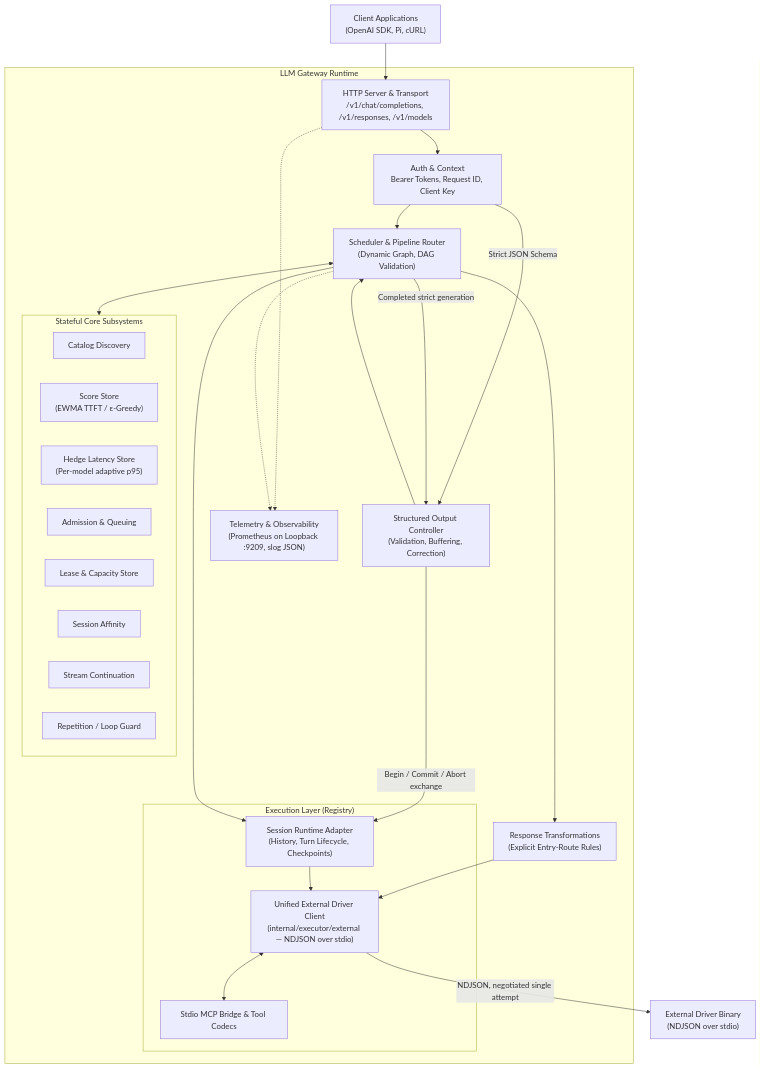
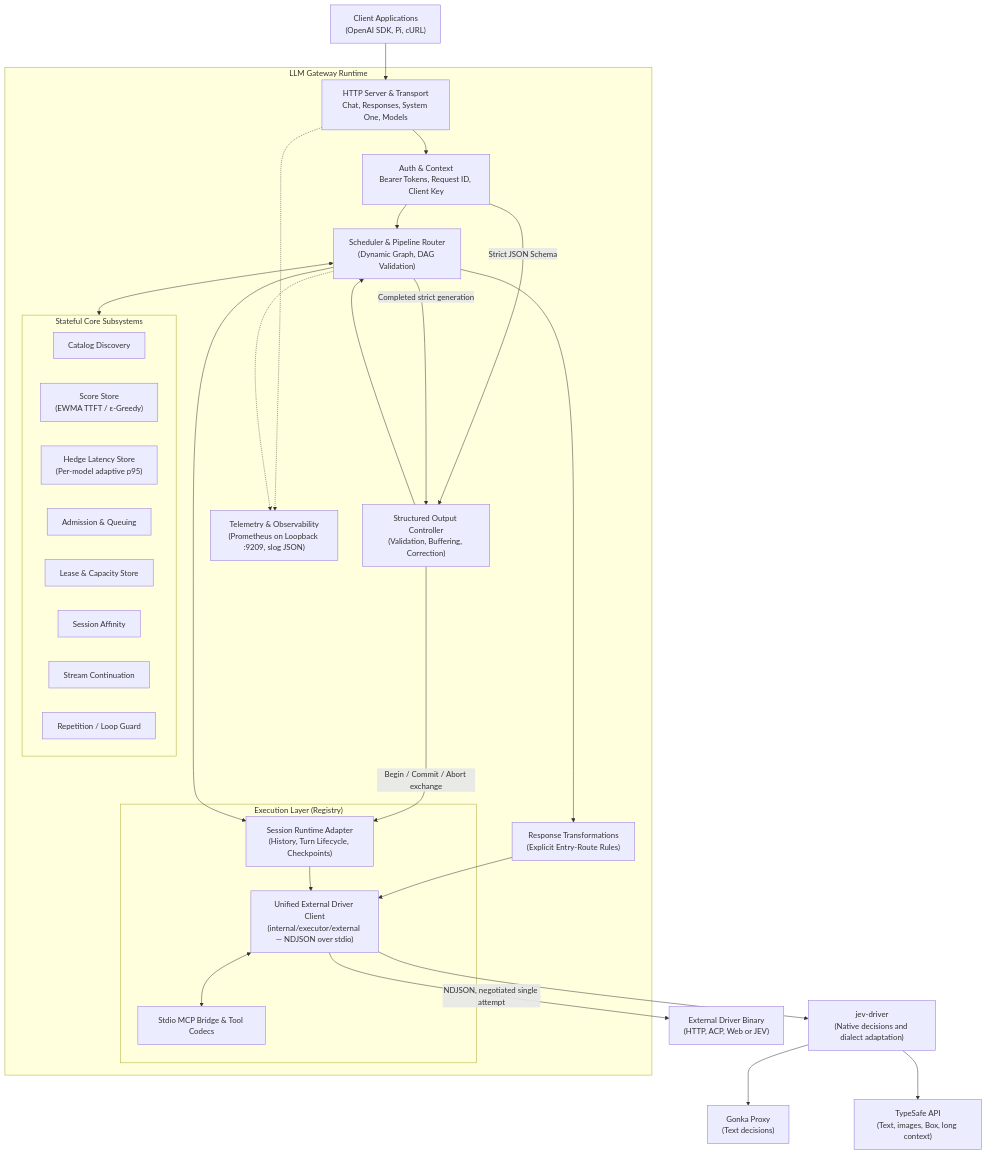
The first of 4 diagrams in ARCHITECTURE.md (mytecor/llm-gateway), drawn with Mermaid before and after one commit. The commit also changed other lines of this file and 35 other files, not shown here.

Commit message:
feat: add native JEV decision API and driver

````diff
--- a/ARCHITECTURE.md
+++ b/ARCHITECTURE.md
@@ -11,53 +11,59 @@
 ```mermaid
 flowchart TD
     Client["Client Applications<br/>(OpenAI SDK, Pi, cURL)"]
     
     subgraph Gateway["LLM Gateway Runtime"]
-        Server["HTTP Server & Transport<br/>/v1/chat/completions, /v1/responses, /v1/models"]
+        Server["HTTP Server & Transport<br/>Chat, Responses, System One, Models"]
         Auth["Auth & Context<br/>Bearer Tokens, Request ID, Client Key"]
         
         Structured["Structured Output Controller<br/>(Validation, Buffering, Correction)"]
         Transform["Response Transformations<br/>(Explicit Entry-Route Rules)"]
         Scheduler["Scheduler & Pipeline Router<br/>(Dynamic Graph, DAG Validation)"]
         
         subgraph Subsystems["Stateful Core Subsystems"]
             Catalog["Catalog Discovery"]
             ScoreStore["Score Store<br/>(EWMA TTFT / ε-Greedy)"]
             HedgeLatency["Hedge Latency Store<br/>(Per-model adaptive p95)"]
             Admission["Admission & Queuing"]
             Lease["Lease & Capacity Store"]
             Affinity["Session Affinity"]
             Continue["Stream Continuation"]
             Repetition["Repetition / Loop Guard"]
         end
 
         subgraph Executors["Execution Layer (Registry)"]
             SessionExec["Session Runtime Adapter<br/>(History, Turn Lifecycle, Checkpoints)"]
             ExternalDriver["Unified External Driver Client<br/>(internal/executor/external — NDJSON over stdio)"]
             MCPSystem["Stdio MCP Bridge & Tool Codecs"]
         end
         
         Telemetry["Telemetry & Observability<br/>(Prometheus on Loopback :9209, slog JSON)"]
     end
 
-    Driver["External Driver Binary<br/>(NDJSON over stdio)"]
+    Driver["External Driver Binary<br/>(HTTP, ACP, Web or JEV)"]
+    JevDriver["jev-driver<br/>(Native decisions and dialect adaptation)"]
+    GonkaJev["Gonka Proxy<br/>(Text decisions)"]
+    TypeSafe["TypeSafe API<br/>(Text, images, Box, long context)"]
 
     Client --> Server
     Server --> Auth
     Auth --> Scheduler
     Auth -->|Strict JSON Schema| Structured
     Structured --> Scheduler
     Scheduler -->|Completed strict generation| Structured
     Structured -->|Begin / Commit / Abort exchange| SessionExec
     Scheduler <--> Subsystems
     Scheduler --> Transform
     Transform --> ExternalDriver
     Scheduler --> SessionExec
     
     SessionExec --> ExternalDriver
     ExternalDriver <--> MCPSystem
     ExternalDriver -->|NDJSON, negotiated single attempt| Driver
+    ExternalDriver --> JevDriver
+    JevDriver --> GonkaJev
+    JevDriver --> TypeSafe
     
     Server -.-> Telemetry
     Scheduler -.-> Telemetry
 ```
````
